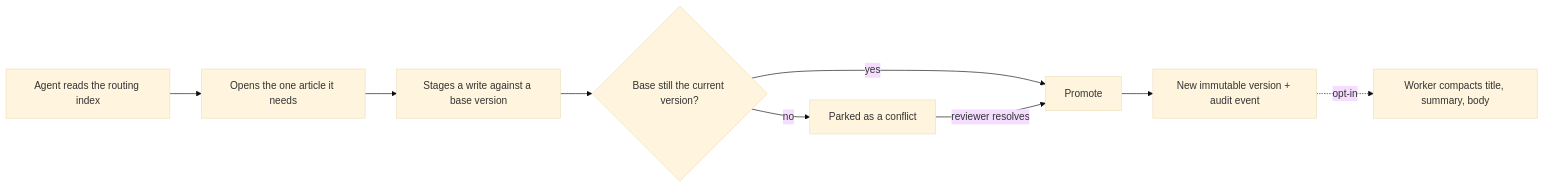
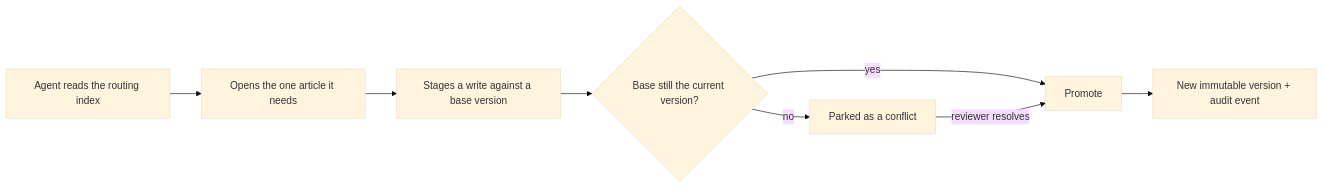
The diagram in README.md (rementum/rementum), drawn with Mermaid (base theme) before and after one commit. The commit also changed other lines of this file and 57 other files, not shown here.

````diff
--- a/README.md
+++ b/README.md
@@ -51,11 +51,10 @@
 ```mermaid
 flowchart LR
     IDX[Agent reads the routing index] --> ART[Opens the one article it needs]
     ART --> STG[Stages a write against a base version]
     STG --> CHK{Base still the current version?}
     CHK -->|yes| PRM[Promote]
     CHK -->|no| PRK[Parked as a conflict]
     PRK -->|reviewer resolves| PRM
     PRM --> VER[New immutable version + audit event]
-    VER -.->|opt-in| CMP[Worker compacts title, summary, body]
 ```
````
